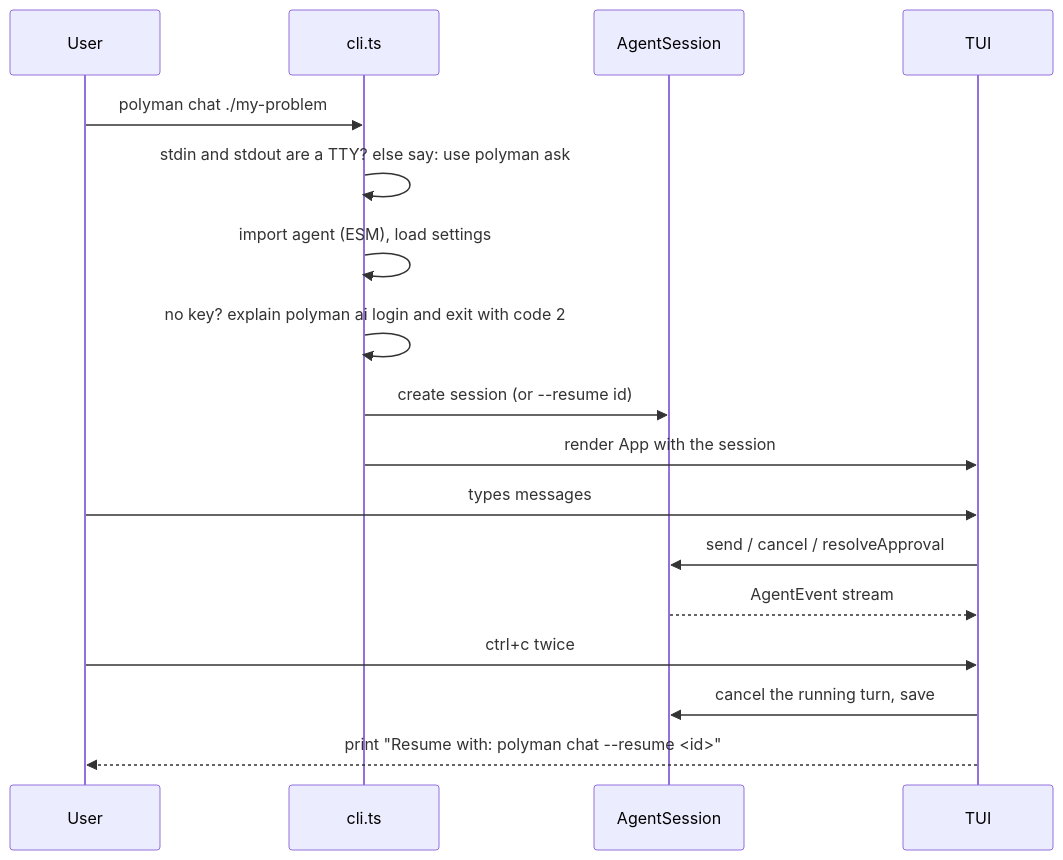
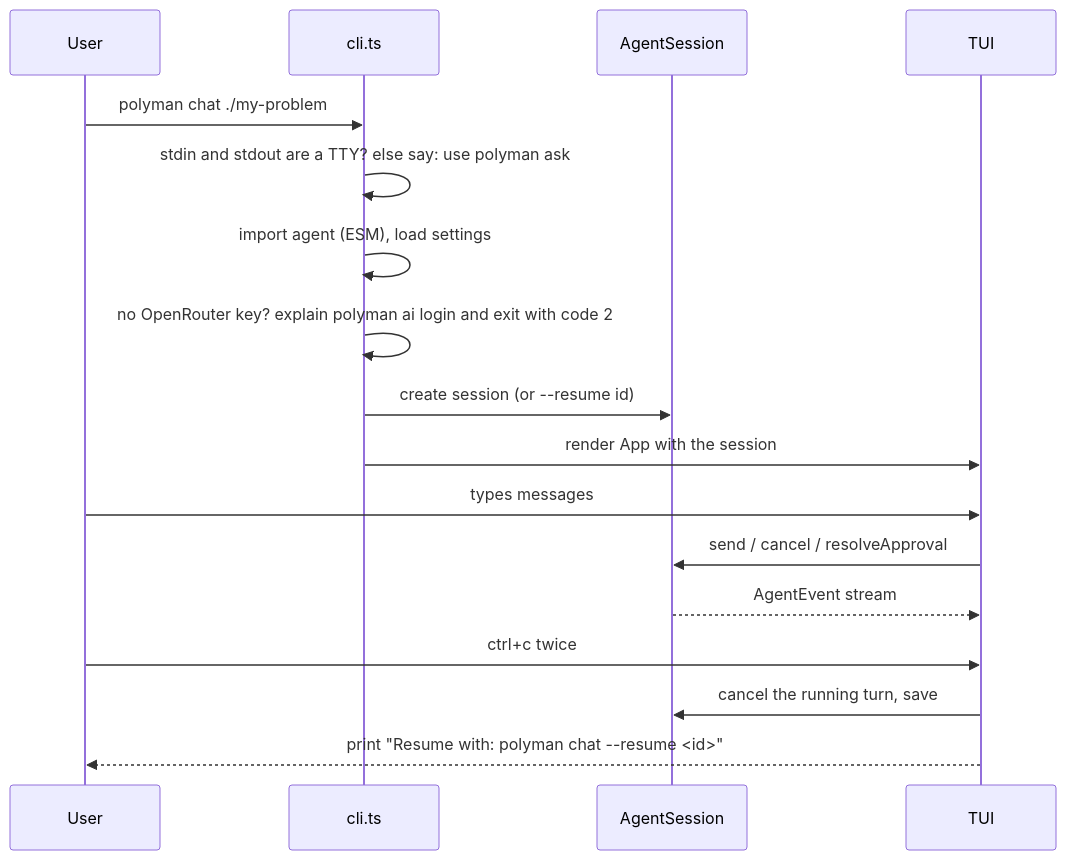
The second of 2 diagrams in design/agent/05-chat-ui.md (Ahmad-Faraj/polyman), drawn with Mermaid before and after one commit. The commit also changed other lines of this file and 29 other files, not shown here.

````diff
--- a/design/agent/05-chat-ui.md
+++ b/design/agent/05-chat-ui.md
@@ -152,20 +153,20 @@
 ```mermaid
 sequenceDiagram
   participant U as User
   participant C as cli.ts
   participant A as AgentSession
   participant T as TUI
 
   U->>C: polyman chat ./my-problem
   C->>C: stdin and stdout are a TTY? else say: use polyman ask
   C->>C: import agent (ESM), load settings
-  C->>C: no key? explain polyman ai login and exit with code 2
+  C->>C: no OpenRouter key? explain polyman ai login and exit with code 2
   C->>A: create session (or --resume id)
   C->>T: render App with the session
   U->>T: types messages
   T->>A: send / cancel / resolveApproval
   A-->>T: AgentEvent stream
   U->>T: ctrl+c twice
   T->>A: cancel the running turn, save
   T-->>U: print "Resume with: polyman chat --resume <id>"
 ```
````
